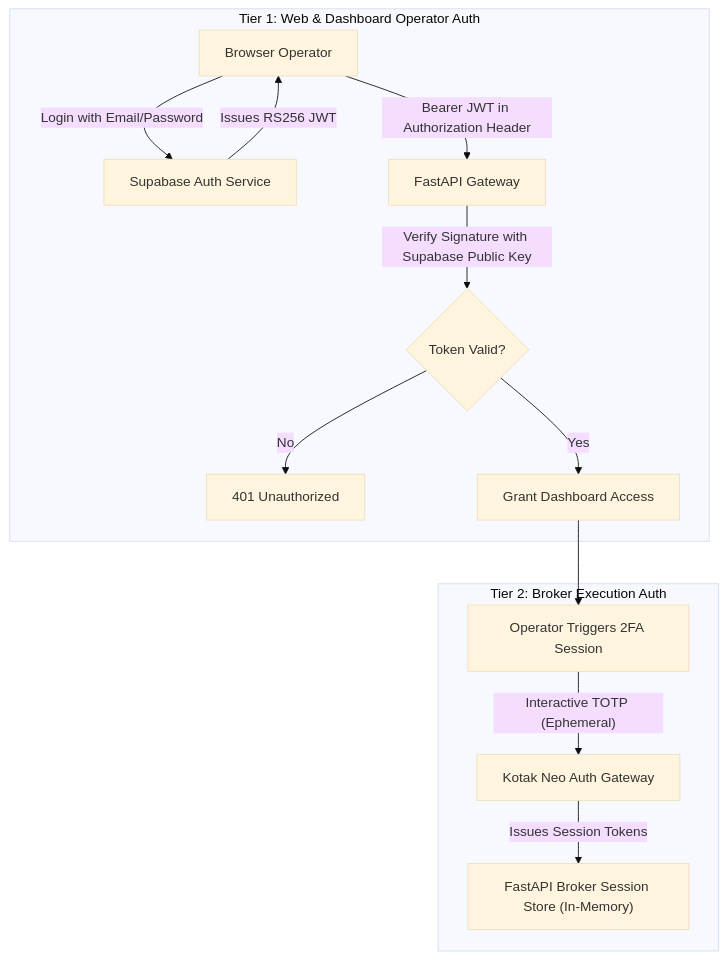
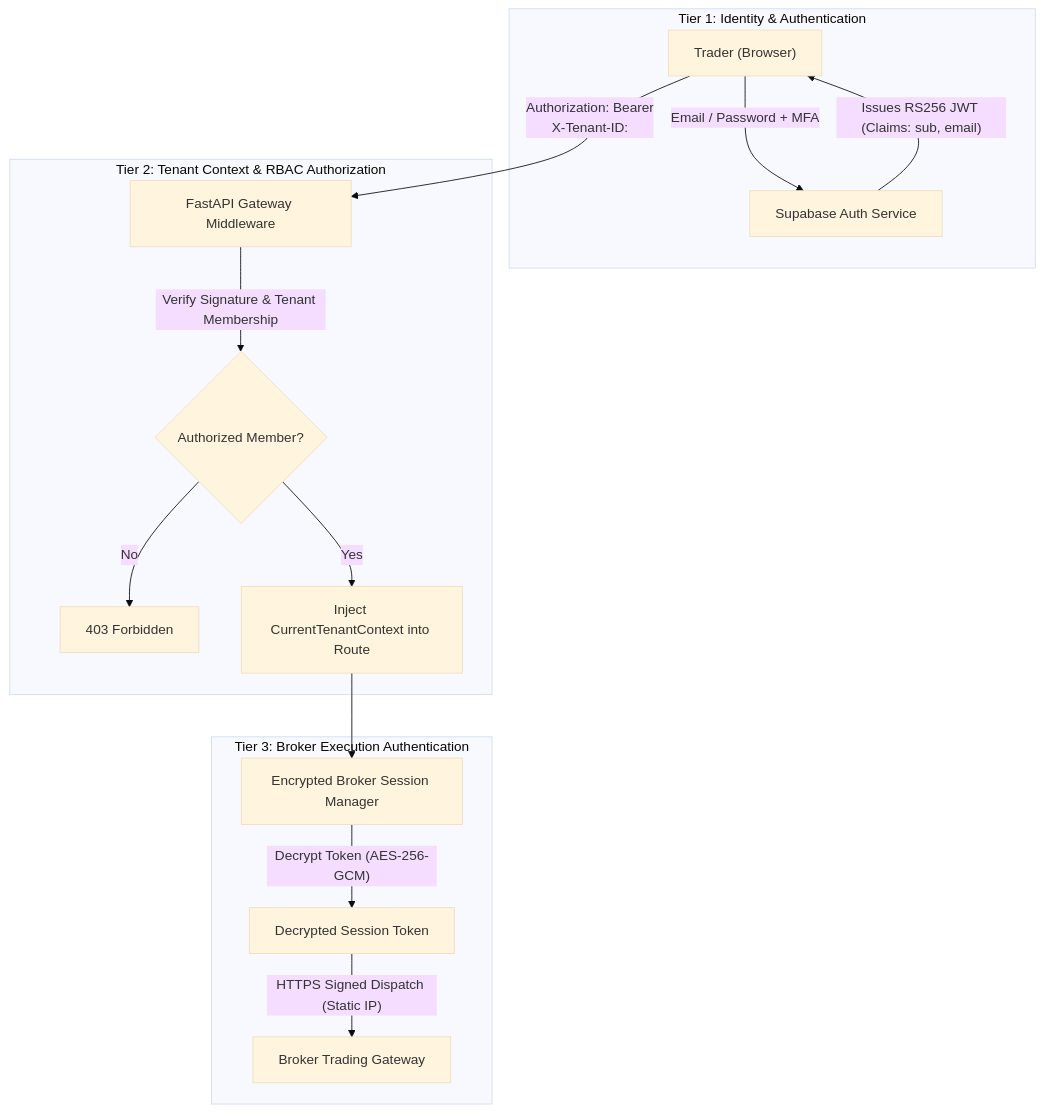
Before and after one commit to Vinkal93/AutoTrader-3.0: the first of 2 diagrams in docs/SECURITY.md, drawn with Mermaid (base theme). The commit also changed other lines of this file and 10 other files, not shown here.

Commit message:
docs(saas): establish multi-tenant multi-broker SaaS architecture, regulatory compliance, and master governance suite

````diff
--- a/docs/SECURITY.md
+++ b/docs/SECURITY.md
@@ -11,17 +12,20 @@
 ```mermaid
 flowchart TD
-    subgraph Tier1["Tier 1: Web & Dashboard Operator Auth"]
-        A["Browser Operator"] -->|"Login with Email/Password"| B["Supabase Auth Service"]
-        B -->|"Issues RS256 JWT"| A
-        A -->|"Bearer JWT in Authorization Header"| C["FastAPI Gateway"]
-        C -->|"Verify Signature with Supabase Public Key"| D{"Token Valid?"}
-        D -- No --> E["401 Unauthorized"]
-        D -- Yes --> F["Grant Dashboard Access"]
+    subgraph Tier1["Tier 1: Identity & Authentication"]
+        A["Trader (Browser)"] -->|"Email / Password + MFA"| B["Supabase Auth Service"]
+        B -->|"Issues RS256 JWT (Claims: sub, email)"| A
     end
 
-    subgraph Tier2["Tier 2: Broker Execution Auth"]
-        F --> G["Operator Triggers 2FA Session"]
-        G -->|"Interactive TOTP (Ephemeral)"| H["Kotak Neo Auth Gateway"]
-        H -->|"Issues Session Tokens"| I["FastAPI Broker Session Store (In-Memory)"]
+    subgraph Tier2["Tier 2: Tenant Context & RBAC Authorization"]
+        A -->|"Authorization: Bearer <JWT>\nX-Tenant-ID: <slug>"| C["FastAPI Gateway Middleware"]
+        C -->|"Verify Signature & Tenant Membership"| D{"Authorized Member?"}
+        D -- No --> E["403 Forbidden"]
+        D -- Yes --> F["Inject CurrentTenantContext into Route"]
+    end
+
+    subgraph Tier3["Tier 3: Broker Execution Authentication"]
+        F --> G["Encrypted Broker Session Manager"]
+        G -->|"Decrypt Token (AES-256-GCM)"| H["Decrypted Session Token"]
+        H -->|"HTTPS Signed Dispatch (Static IP)"| I["Broker Trading Gateway"]
     end
 ```
````
